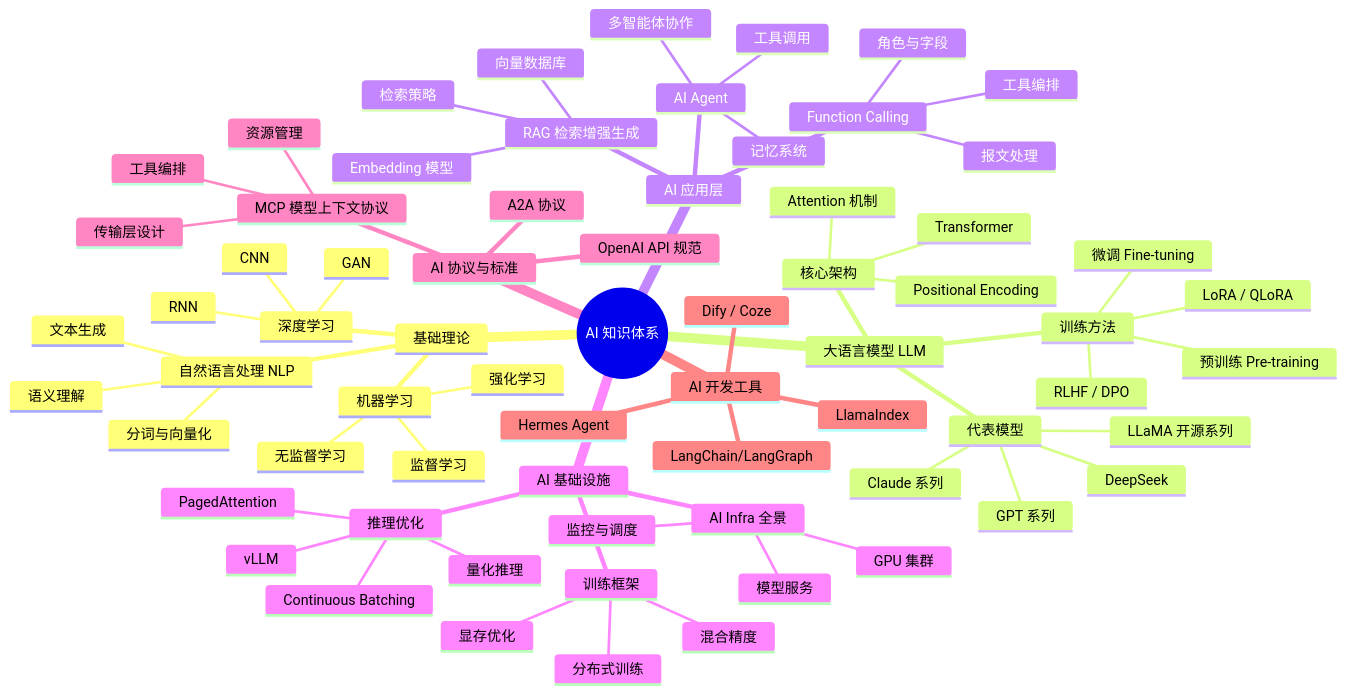
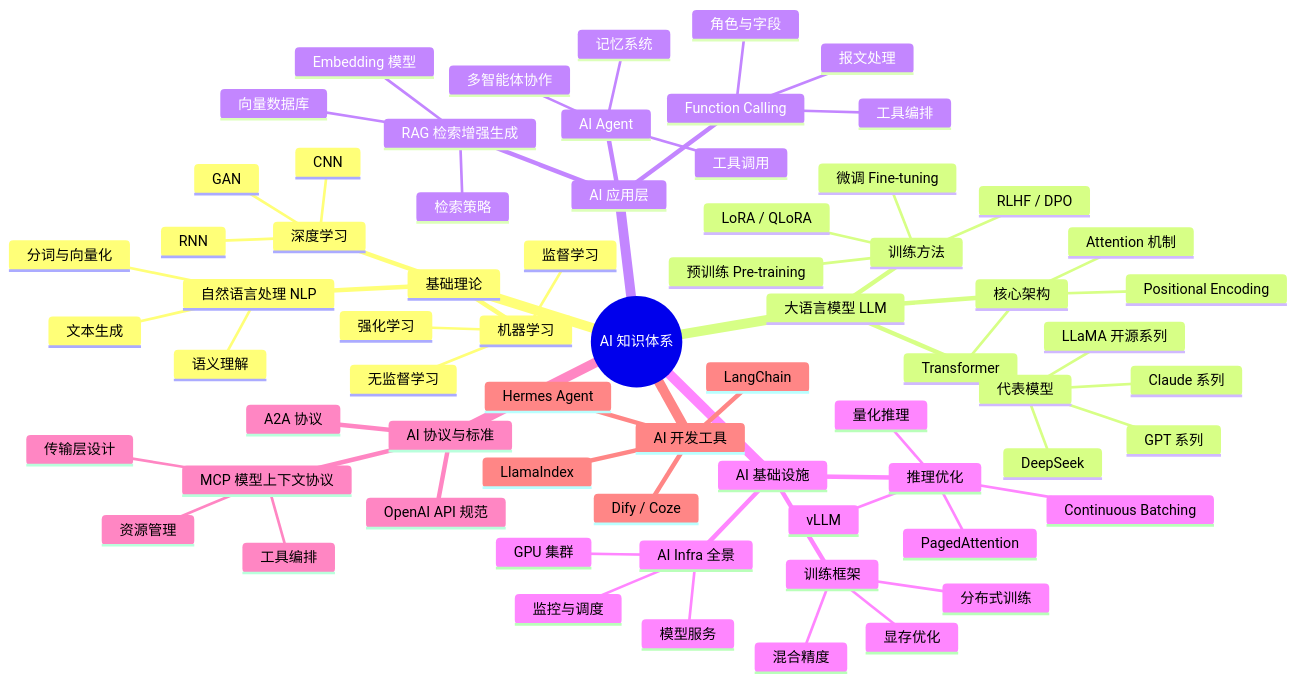
The diagram in src/pages/ai.mdx (feifeigd/feifeigd.github.io), drawn with Mermaid before and after one commit. The commit also changed other lines of this file and 33 other files, not shown here.

````diff
--- a/src/pages/ai.mdx
+++ b/src/pages/ai.mdx
@@ -14,71 +14,71 @@
 ```mermaid
 mindmap
   root((AI 知识体系))
     基础理论
       机器学习
         监督学习
         无监督学习
         强化学习
       深度学习
         CNN
         RNN
         GAN
       自然语言处理 NLP
         分词与向量化
         语义理解
         文本生成
     大语言模型 LLM
       核心架构
         Transformer
         Attention 机制
         Positional Encoding
       代表模型
         GPT 系列
         Claude 系列
         DeepSeek
         LLaMA 开源系列
       训练方法
         预训练 Pre-training
         微调 Fine-tuning
         RLHF / DPO
         LoRA / QLoRA
     AI 应用层
       RAG 检索增强生成
         向量数据库
         Embedding 模型
         检索策略
       AI Agent
         工具调用
         记忆系统
         多智能体协作
       Function Calling
         角色与字段
         报文处理
         工具编排
     AI 基础设施
       推理优化
         vLLM
         PagedAttention
         Continuous Batching
         量化推理
       训练框架
         分布式训练
         混合精度
         显存优化
       AI Infra 全景
         GPU 集群
         模型服务
         监控与调度
     AI 协议与标准
       MCP 模型上下文协议
         传输层设计
         工具编排
         资源管理
       A2A 协议
       OpenAI API 规范
     AI 开发工具
-      LangChain/LangGraph
+      LangChain
       LlamaIndex
       Hermes Agent
       Dify / Coze
 ```
````
